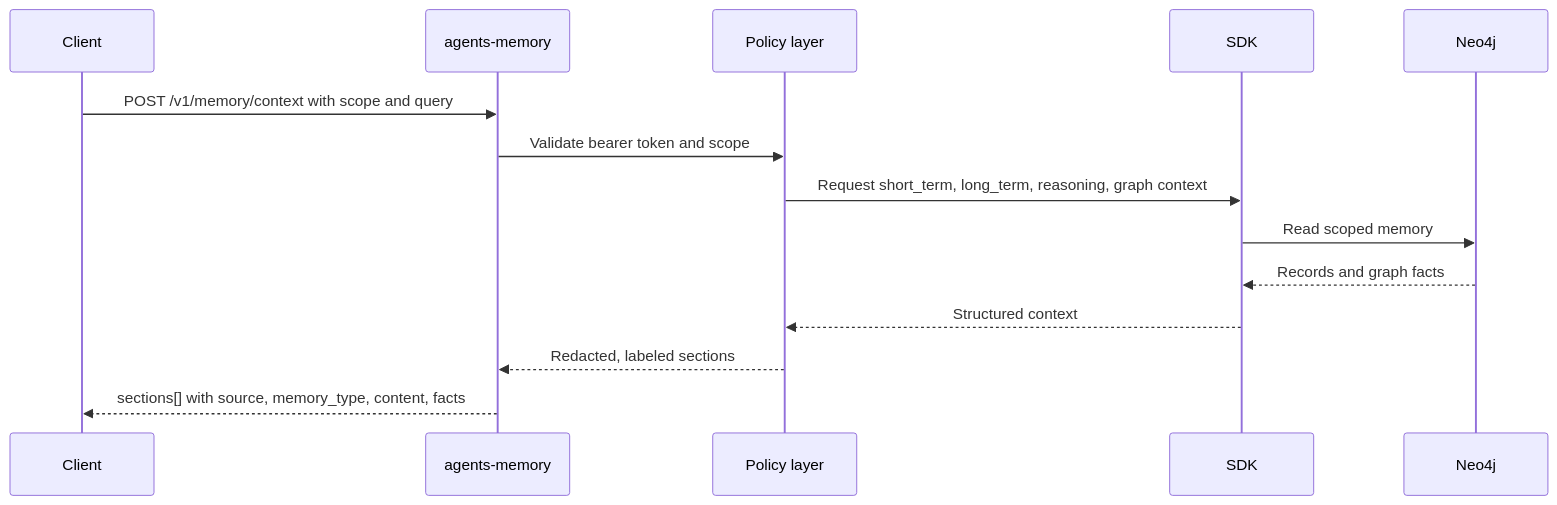
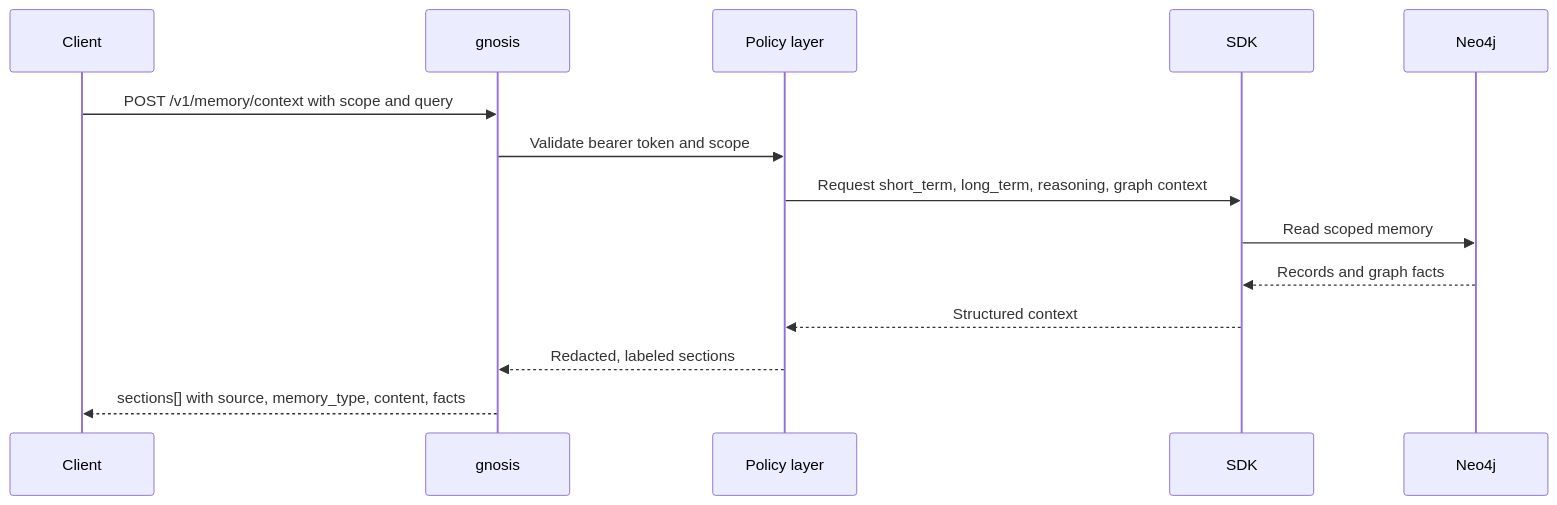
The second of 2 diagrams in README.md (bromigos-org/gnosis), drawn with Mermaid before and after one commit. The commit also changed other lines of this file and 36 other files, not shown here.

First line of the commit message:
refactor(memory): rename gateway package to gnosis

````diff
--- a/README.md
+++ b/README.md
@@ -105,17 +105,17 @@
 ```mermaid
 sequenceDiagram
     participant C as Client
-    participant G as agents-memory
+    participant G as gnosis
     participant P as Policy layer
     participant S as SDK
     participant N as Neo4j
 
     C->>G: POST /v1/memory/context with scope and query
     G->>P: Validate bearer token and scope
     P->>S: Request short_term, long_term, reasoning, graph context
     S->>N: Read scoped memory
     N-->>S: Records and graph facts
     S-->>P: Structured context
     P-->>G: Redacted, labeled sections
     G-->>C: sections[] with source, memory_type, content, facts
 ```
````
